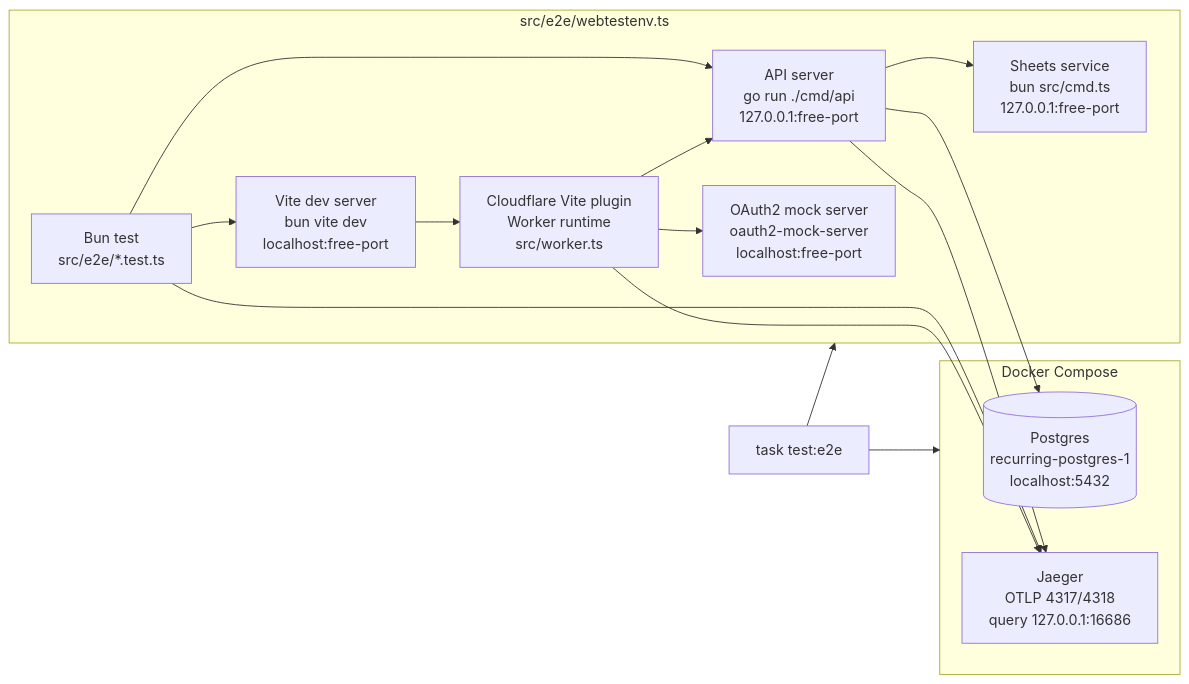
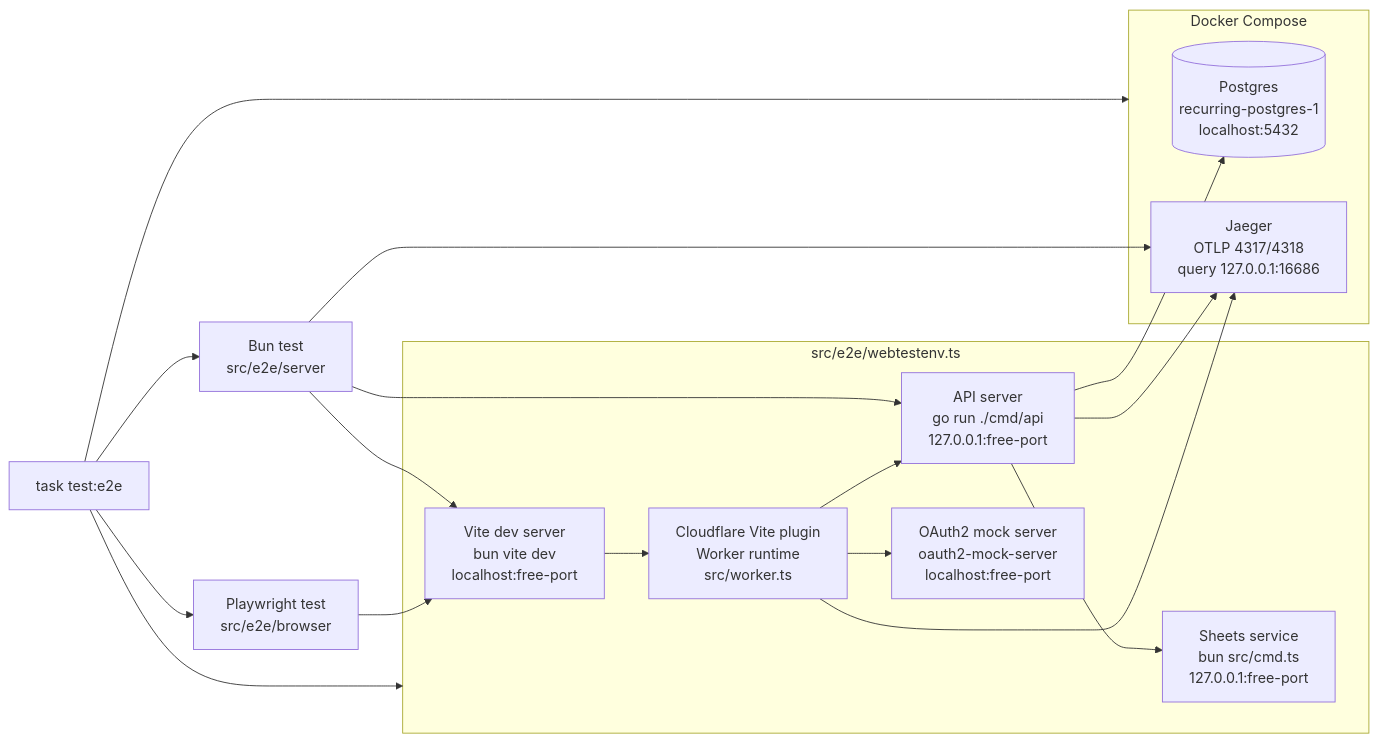
One commit to meoyawn/recurring changed the diagram in apps/inertia/src/e2e/infra.md. Above: the diagram before and after it, drawn with Mermaid. The commit also changed other lines of this file and 4 other files, not shown here.

````diff
--- a/apps/inertia/src/e2e/infra.md
+++ b/apps/inertia/src/e2e/infra.md
@@ -8,33 +8,38 @@
 ```mermaid
 flowchart LR
   task["task test:e2e"]
 
   subgraph compose["Docker Compose"]
     postgres[("Postgres<br/>recurring-postgres-1<br/>localhost:5432")]
     jaeger["Jaeger<br/>OTLP 4317/4318<br/>query 127.0.0.1:16686"]
   end
 
   subgraph webtestenv["src/e2e/webtestenv.ts"]
     sheets["Sheets service<br/>bun src/cmd.ts<br/>127.0.0.1:free-port"]
     api["API server<br/>go run ./cmd/api<br/>127.0.0.1:free-port"]
     oauth["OAuth2 mock server<br/>oauth2-mock-server<br/>localhost:free-port"]
     vite["Vite dev server<br/>bun vite dev<br/>localhost:free-port"]
     worker["Cloudflare Vite plugin<br/>Worker runtime<br/>src/worker.ts"]
-    bunTest["Bun test<br/>src/e2e/*.test.ts"]
   end
+
+  bunTest["Bun test<br/>src/e2e/server"]
+  playwrightTest["Playwright test<br/>src/e2e/browser"]
 
   task --> compose
   task --> webtestenv
+  task --> bunTest
+  task --> playwrightTest
 
   api --> postgres
   api --> sheets
   api --> jaeger
 
   vite --> worker
   bunTest --> vite
   bunTest --> api
   bunTest --> jaeger
+  playwrightTest --> vite
   worker --> api
   worker --> oauth
   worker --> jaeger
 ```
````
